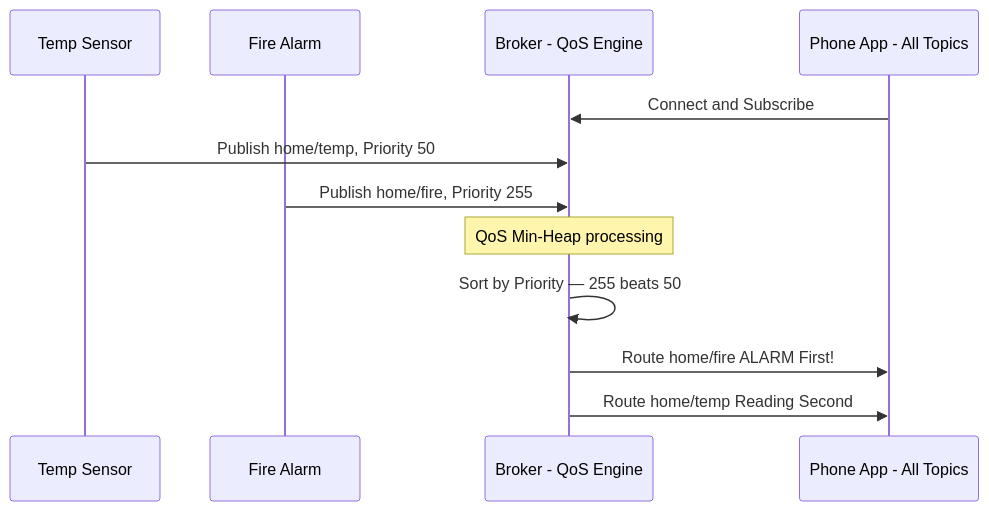
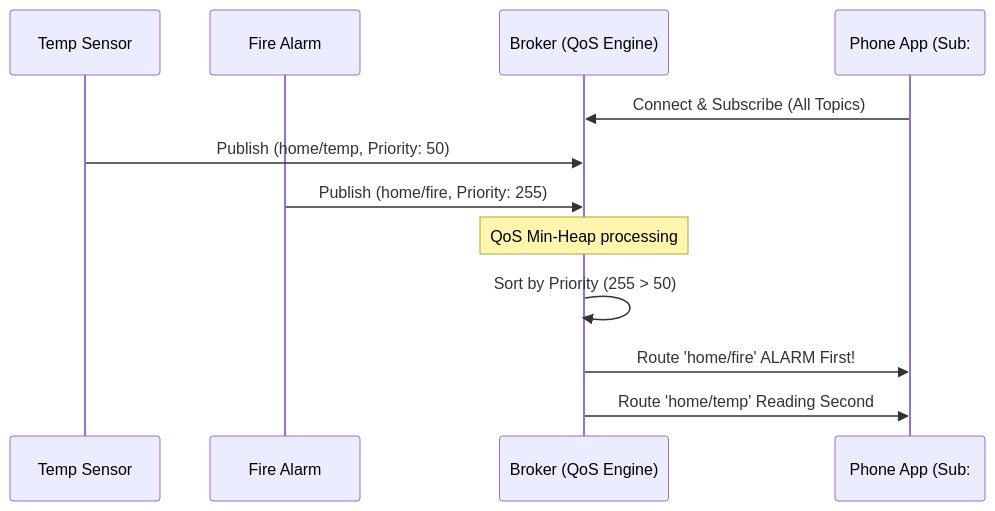
One commit to CN-2026-IIITA/Sentinel-Home-Hub changed the fourth of 5 diagrams in README.md. Above: the diagram before and after it, drawn with Mermaid. The commit also changed other lines of this file, not shown here.

````diff
--- a/README.md
+++ b/README.md
@@ -157,18 +157,18 @@
 ```mermaid
 sequenceDiagram
     participant S1 as Temp Sensor
     participant S2 as Fire Alarm
-    participant B as Broker - QoS Engine
-    participant C as Phone App - All Topics
+    participant B as Broker (QoS Engine)
+    participant C as Phone App (Sub: #)
 
-    C->>B: Connect and Subscribe
+    C->>B: Connect & Subscribe (All Topics)
     
-    S1->>B: Publish home/temp, Priority 50
-    S2->>B: Publish home/fire, Priority 255
+    S1->>B: Publish (home/temp, Priority: 50)
+    S2->>B: Publish (home/fire, Priority: 255)
     
     Note over B: QoS Min-Heap processing
-    B->>B: Sort by Priority — 255 beats 50
+    B->>B: Sort by Priority (255 > 50)
     
-    B->>C: Route home/fire ALARM First!
-    B->>C: Route home/temp Reading Second
+    B->>C: Route 'home/fire' ALARM First!
+    B->>C: Route 'home/temp' Reading Second
 ```
````
